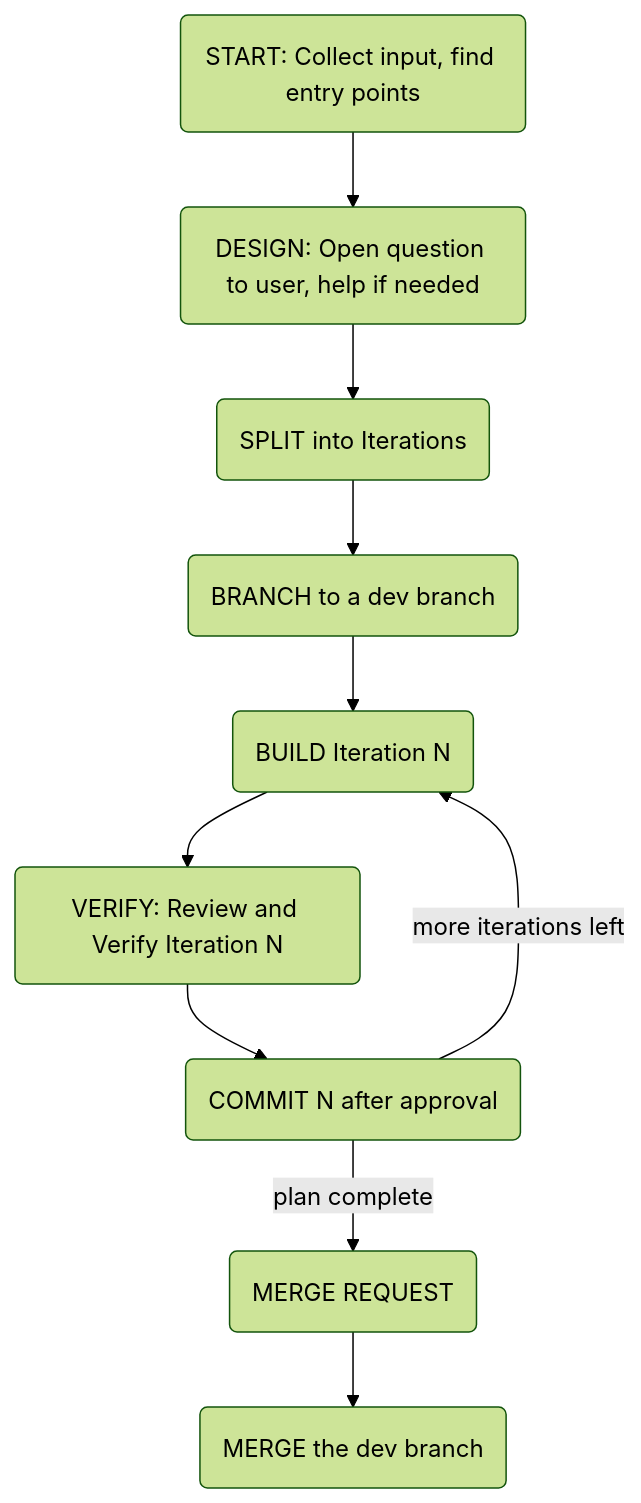
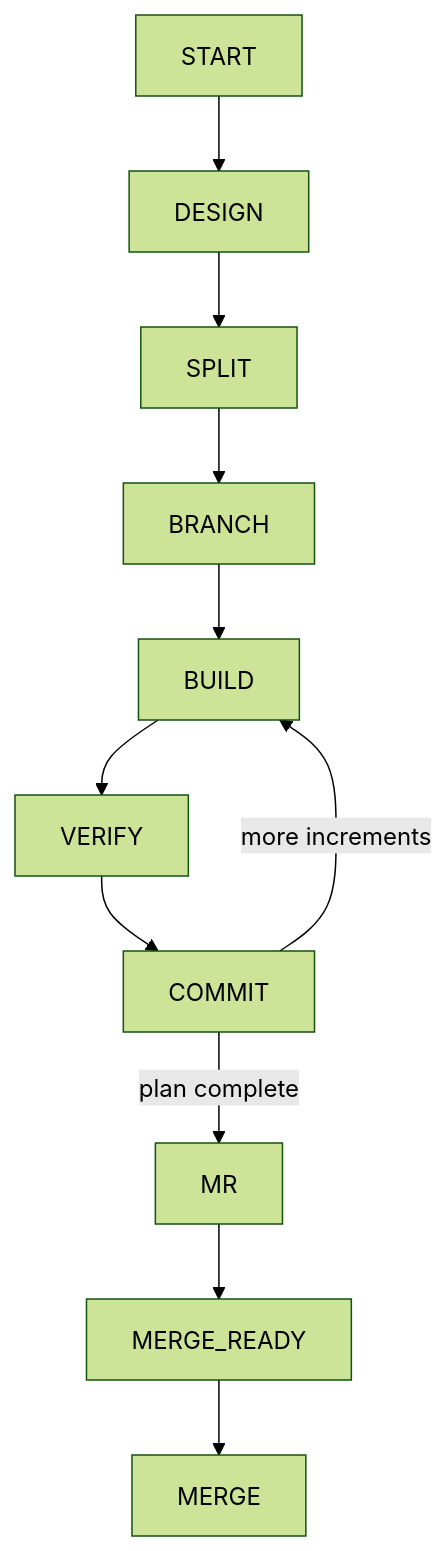
One commit to an-dr/agents changed the first of 3 diagrams in README.md. Above: the diagram before and after it, drawn with Mermaid (forest theme). The commit also changed other lines of this file and 34 other files, not shown here.

````diff
--- a/README.md
+++ b/README.md
@@ -15,23 +16,6 @@
 ```mermaid
 flowchart TD
-
-START("START: Collect input, find entry points")
-DESIGN("DESIGN: Open question to user, help if needed")
-SPLIT("SPLIT into Iterations")
-BRANCH("BRANCH to a dev branch")
-BUILD("BUILD Iteration N")
-VERIFY("VERIFY: Review and Verify Iteration N")
-COMMIT("COMMIT N after approval")
-MR("MERGE REQUEST")
-MERGE("MERGE the dev branch")
-
-START --> DESIGN
-DESIGN --> SPLIT
-SPLIT --> BRANCH
-BRANCH --> BUILD
-BUILD --> VERIFY
-VERIFY --> COMMIT
-COMMIT -->|more iterations left| BUILD
-COMMIT -->|plan complete| MR
-MR --> MERGE
+START --> DESIGN --> SPLIT --> BRANCH --> BUILD --> VERIFY --> COMMIT
+COMMIT -->|more increments| BUILD
+COMMIT -->|plan complete| MR --> MERGE_READY --> MERGE
 ```
````
